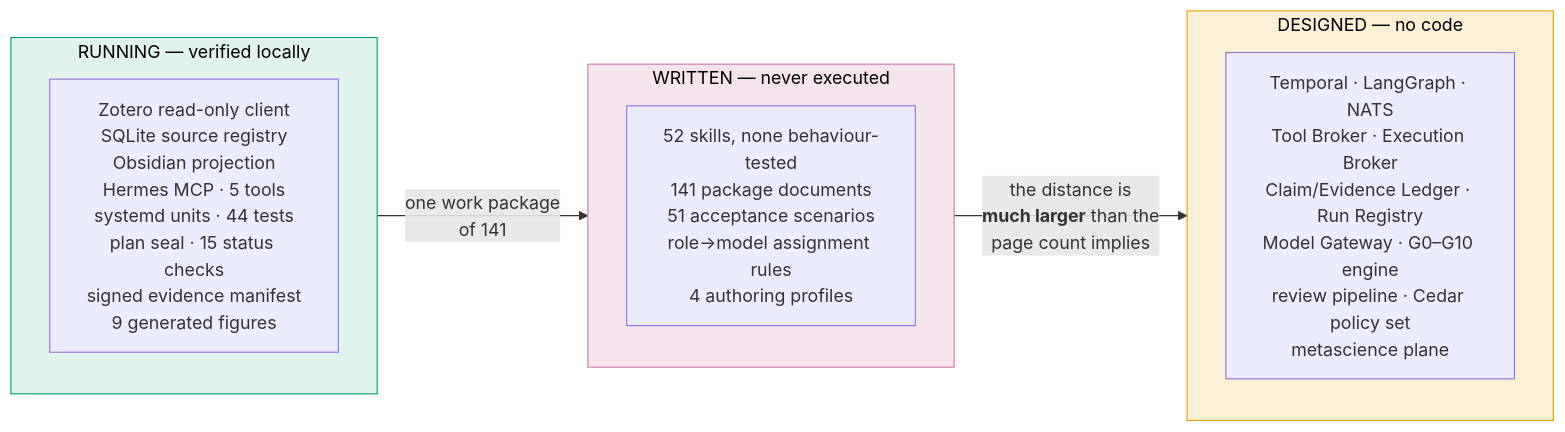
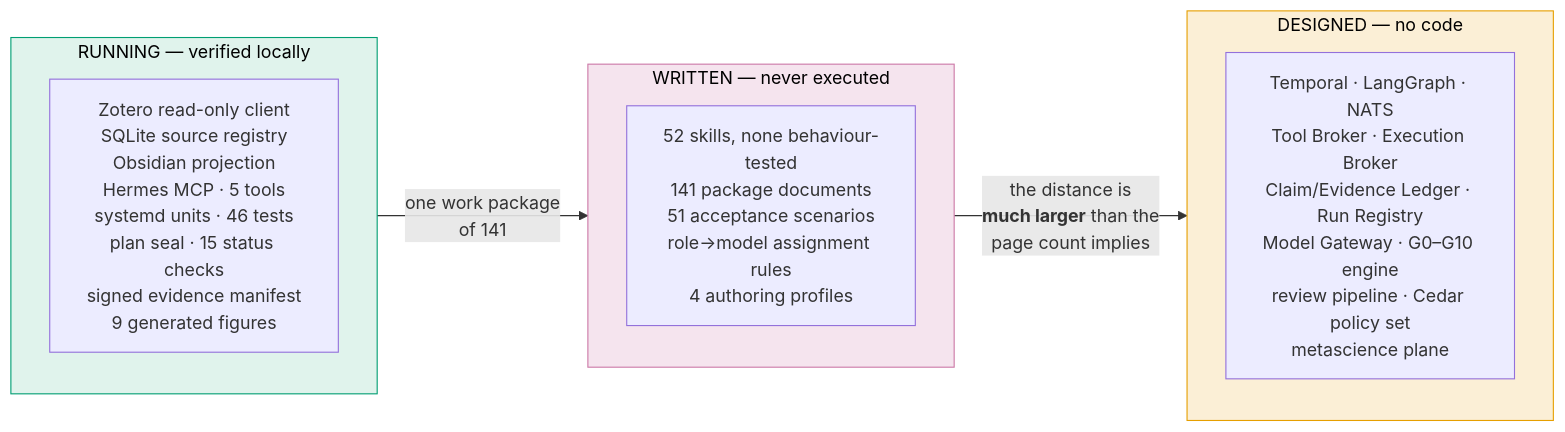
Before and after one commit to furkanhanilci/AETHRION: diagram 21 of 22 in docs/architecture/AETHRION_ARCHITECTURE.md, drawn with Mermaid. The commit also changed 39 other files, not shown here.

````diff
--- a/docs/architecture/AETHRION_ARCHITECTURE.md
+++ b/docs/architecture/AETHRION_ARCHITECTURE.md
@@ -795,17 +795,17 @@
 ```mermaid
 flowchart LR
     subgraph WORKING["RUNNING — verified locally"]
-        W["Zotero read-only client<br/>SQLite source registry<br/>Obsidian projection<br/>Hermes MCP · 5 tools<br/>systemd units · 44 tests<br/>plan seal · 15 status checks<br/>signed evidence manifest<br/>9 generated figures"]
+        W["Zotero read-only client<br/>SQLite source registry<br/>Obsidian projection<br/>Hermes MCP · 5 tools<br/>systemd units · 46 tests<br/>plan seal · 15 status checks<br/>signed evidence manifest<br/>9 generated figures"]
     end
     subgraph WRITTEN["WRITTEN — never executed"]
         S["52 skills, none behaviour-tested<br/>141 package documents<br/>51 acceptance scenarios<br/>role→model assignment rules<br/>4 authoring profiles"]
     end
     subgraph DESIGNED["DESIGNED — no code"]
         D["Temporal · LangGraph · NATS<br/>Tool Broker · Execution Broker<br/>Claim/Evidence Ledger · Run Registry<br/>Model Gateway · G0–G10 engine<br/>review pipeline · Cedar policy set<br/>metascience plane"]
     end
     WORKING -->|"one work package<br/>of 141"| WRITTEN
     WRITTEN -->|"the distance is<br/><b>much larger</b> than the<br/>page count implies"| DESIGNED
     style WORKING fill:#E0F3EC,stroke:#009E73,color:#000
     style WRITTEN fill:#F5E4EE,stroke:#CC79A7,color:#000
     style DESIGNED fill:#FBEFD6,stroke:#E69F00,color:#000
 ```
````
